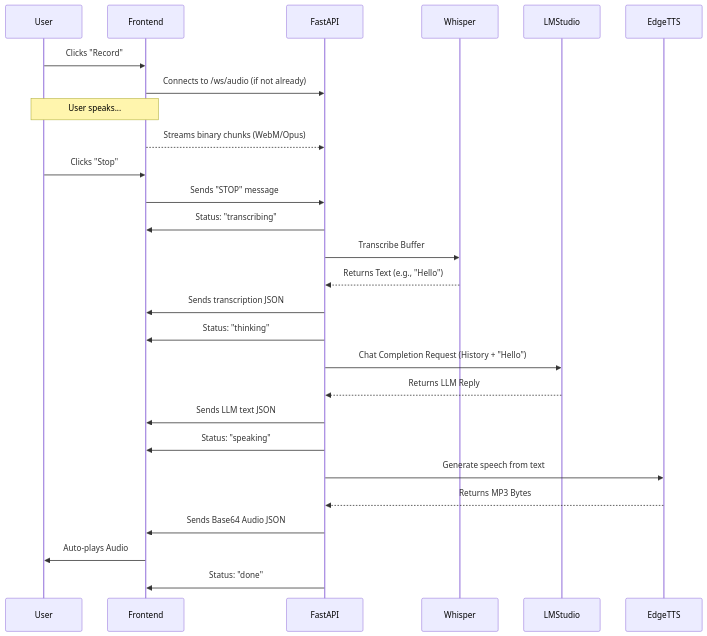
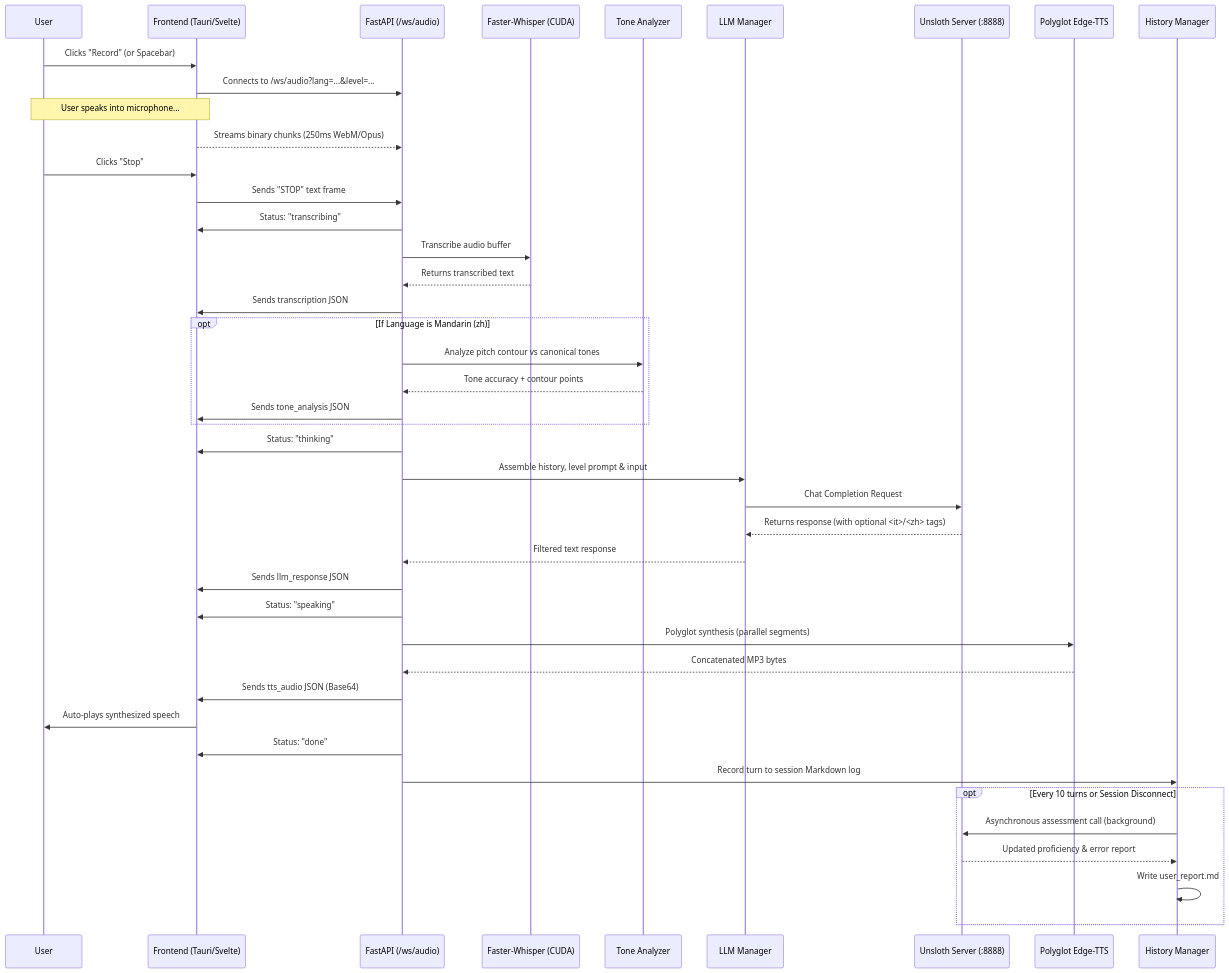
One commit to Simo93-rgb/english-local-buddy changed the second of 2 diagrams in docs/architecture.md. Above: the diagram before and after it, drawn with Mermaid. The commit also changed other lines of this file and 4 other files, not shown here.

Commit message:
docs: resolve configuration conflict, clarify config.py as single source of truth, and generate comprehensive architectural README

````diff
--- a/docs/architecture.md
+++ b/docs/architecture.md
@@ -48,34 +61,52 @@
 ```mermaid
 sequenceDiagram
     participant User
-    participant Frontend
-    participant FastAPI
-    participant Whisper
-    participant LMStudio
-    participant EdgeTTS
+    participant Frontend as Frontend (Tauri/Svelte)
+    participant FastAPI as FastAPI (/ws/audio)
+    participant Whisper as Faster-Whisper (CUDA)
+    participant Tone as Tone Analyzer
+    participant LLM as LLM Manager
+    participant Unsloth as Unsloth Server (:8888)
+    participant TTS as Polyglot Edge-TTS
+    participant History as History Manager
 
-    User->>Frontend: Clicks "Record"
-    Frontend->>FastAPI: Connects to /ws/audio (if not already)
-    Note over User,Frontend: User speaks...
-    Frontend-->>FastAPI: Streams binary chunks (WebM/Opus)
+    User->>Frontend: Clicks "Record" (or Spacebar)
+    Frontend->>FastAPI: Connects to /ws/audio?lang=...&level=...
+    Note over User,Frontend: User speaks into microphone...
+    Frontend-->>FastAPI: Streams binary chunks (250ms WebM/Opus)
     User->>Frontend: Clicks "Stop"
-    Frontend->>FastAPI: Sends "STOP" message
+    Frontend->>FastAPI: Sends "STOP" text frame
     FastAPI->>Frontend: Status: "transcribing"
     
-    FastAPI->>Whisper: Transcribe Buffer
-    Whisper-->>FastAPI: Returns Text (e.g., "Hello")
+    FastAPI->>Whisper: Transcribe audio buffer
+    Whisper-->>FastAPI: Returns transcribed text
     FastAPI->>Frontend: Sends transcription JSON
 
+    opt If Language is Mandarin (zh)
+        FastAPI->>Tone: Analyze pitch contour vs canonical tones
+        Tone-->>FastAPI: Tone accuracy + contour points
+        FastAPI->>Frontend: Sends tone_analysis JSON
+    end
+
     FastAPI->>Frontend: Status: "thinking"
-    FastAPI->>LMStudio: Chat Completion Request (History + "Hello")
-    LMStudio-->>FastAPI: Returns LLM Reply
-    FastAPI->>Frontend: Sends LLM text JSON
+    FastAPI->>LLM: Assemble history, level prompt & input
+    LLM->>Unsloth: Chat Completion Request
+    Unsloth-->>LLM: Returns response (with optional <it>/<zh> tags)
+    LLM-->>FastAPI: Filtered text response
+    FastAPI->>Frontend: Sends llm_response JSON
     
     FastAPI->>Frontend: Status: "speaking"
-    FastAPI->>EdgeTTS: Generate speech from text
-    EdgeTTS-->>FastAPI: Returns MP3 Bytes
+    FastAPI->>TTS: Polyglot synthesis (parallel segments)
+    TTS-->>FastAPI: Concatenated MP3 bytes
     
-    FastAPI->>Frontend: Sends Base64 Audio JSON
-    Frontend->>User: Auto-plays Audio
+    FastAPI->>Frontend: Sends tts_audio JSON (Base64)
+    Frontend->>User: Auto-plays synthesized speech
     FastAPI->>Frontend: Status: "done"
+
+    FastAPI->>History: Record turn to session Markdown log
+    opt Every 10 turns or Session Disconnect
+        History->>Unsloth: Asynchronous assessment call (background)
+        Unsloth-->>History: Updated proficiency & error report
+        History->>History: Write user_report.md
+    end
 ```
````
